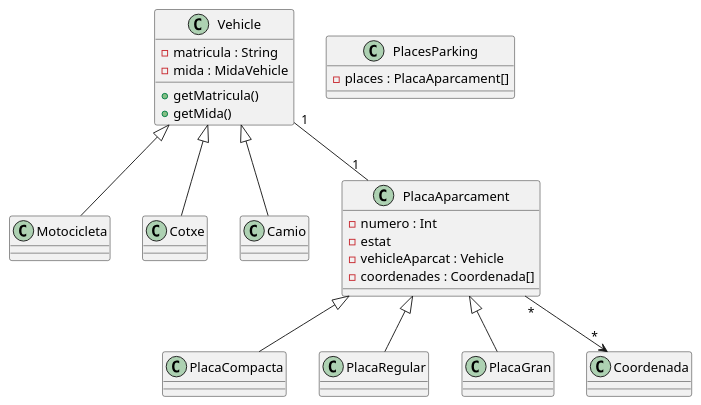
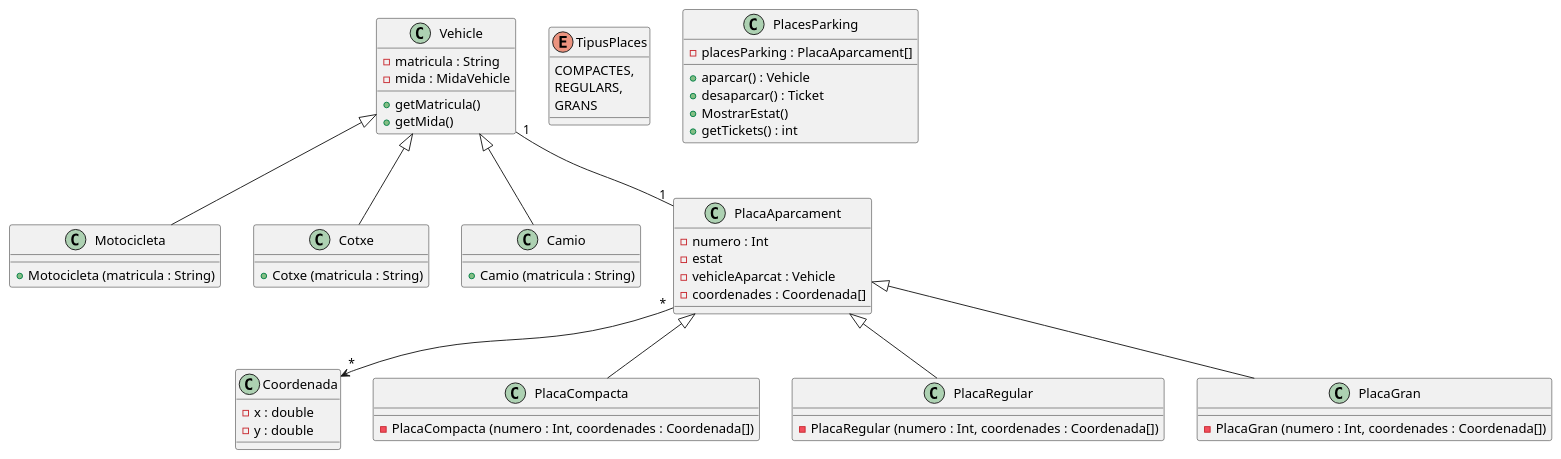
The diagram in UML/classes.puml (ins-vib/poo-parking-jopo738-web), drawn with PlantUML before and after one commit.

Commit message:
acavat el UML  8/2/2026

```diff
--- a/UML/classes.puml
+++ b/UML/classes.puml
@@ -1,55 +1,77 @@
 @startuml
 
 Class Vehicle {
     - matricula : String
     - mida : MidaVehicle
     + getMatricula()
     + getMida()
 }
 
 Class Motocicleta extends Vehicle{
+    + Motocicleta (matricula : String)
+    
 
 }
 
 Class Cotxe extends Vehicle{
+    + Cotxe (matricula : String)
 
 }
 
 Class Camio extends Vehicle{
+    + Camio (matricula : String)
 
+}
+
+ENUM TipusPlaces {
+    COMPACTES,
+    REGULARS,
+    GRANS
+}
+
+Class Coordenada{
+    - x : double
+    - y : double
 }
 
 
 
 
 Class PlacaAparcament{
     - numero : Int
     - estat
     - vehicleAparcat : Vehicle
     - coordenades : Coordenada[]
 }
 
 Class PlacaCompacta extends PlacaAparcament{
+    - PlacaCompacta (numero : Int, coordenades : Coordenada[])
 
 }
 
 Class PlacaRegular extends PlacaAparcament{
+    - PlacaRegular (numero : Int, coordenades : Coordenada[])
 
 }
 
 Class PlacaGran extends PlacaAparcament{
+    - PlacaGran (numero : Int, coordenades : Coordenada[])
 
 }
 
 
 Vehicle "1" -- "1" PlacaAparcament 
 
 PlacaAparcament "*" --> "*" Coordenada
 
 
 Class PlacesParking {
-    - places : PlacaAparcament[]
+    - placesParking : PlacaAparcament[]
+    + aparcar() : Vehicle
+    + desaparcar() : Ticket
+    + MostrarEstat()
+    + getTickets() : int
 }
 
 
 @enduml
```
